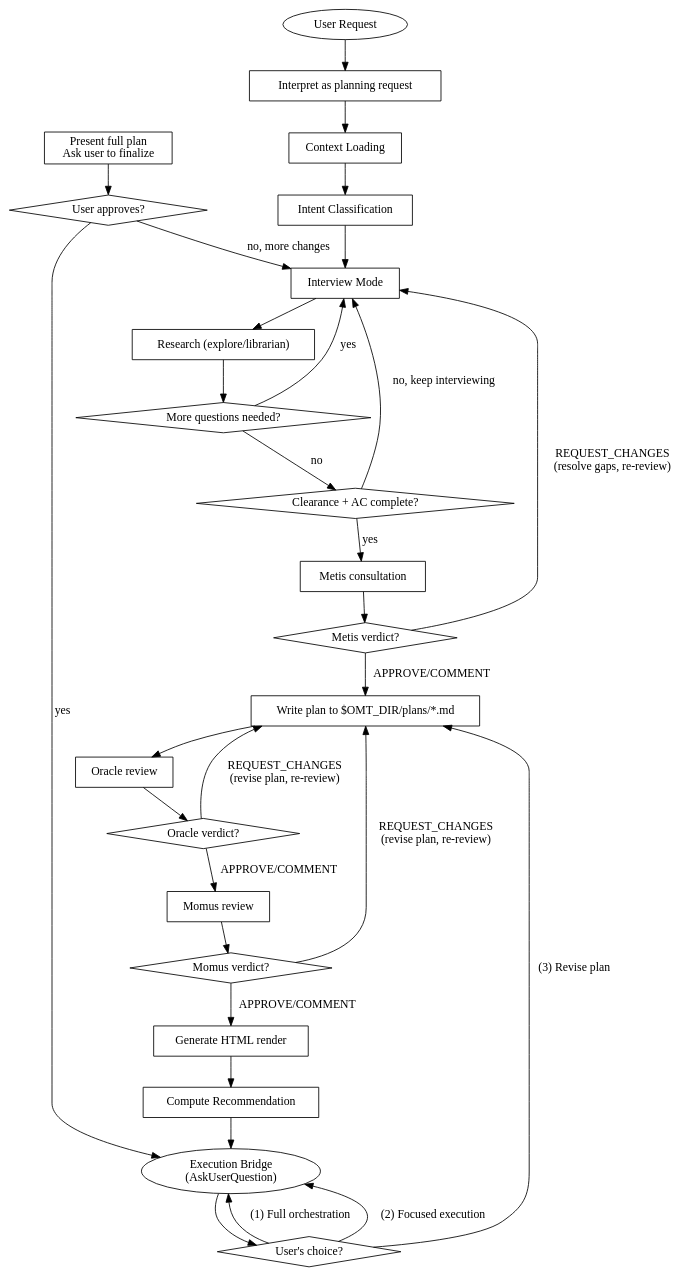
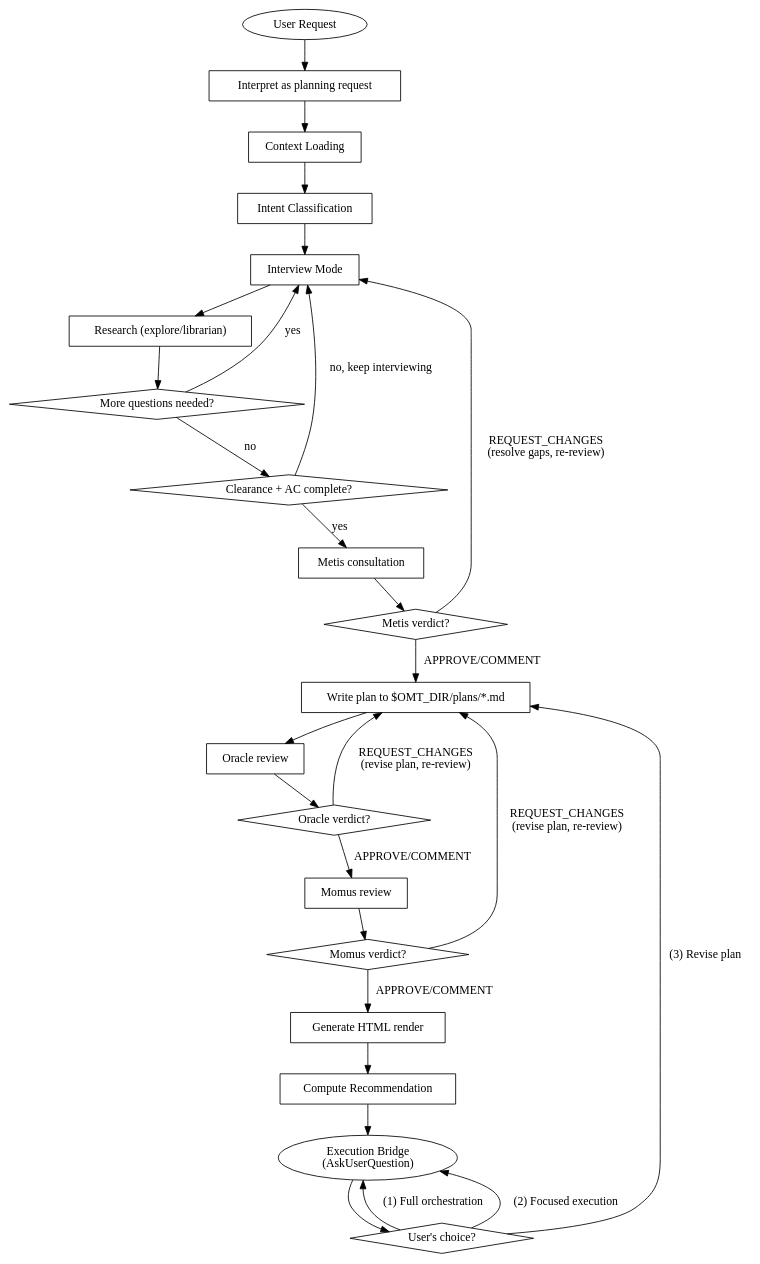
Before and after one commit to toongri/oh-my-toong-playground: the diagram in skills/prometheus/SKILL.md, drawn with Graphviz.

Commit message:
fix(prometheus): 미도달 플로우차트 노드·엣지 제거

````diff
--- a/skills/prometheus/SKILL.md
+++ b/skills/prometheus/SKILL.md
@@ -51,56 +51,51 @@
 ```dot
 digraph prometheus_flow {
     rankdir=TB;
     "User Request" [shape=ellipse];
     "Interpret as planning request" [shape=box];
     "Context Loading" [shape=box];
     "Intent Classification" [shape=box];
     "Interview Mode" [shape=box];
     "Research (explore/librarian)" [shape=box];
     "More questions needed?" [shape=diamond];
     "Clearance + AC complete?" [shape=diamond];
     "Metis consultation" [shape=box];
     "Metis verdict?" [shape=diamond];
     "Write plan to $OMT_DIR/plans/*.md" [shape=box];
     "Oracle review" [shape=box];
     "Oracle verdict?" [shape=diamond];
     "Momus review" [shape=box];
     "Momus verdict?" [shape=diamond];
-    "Present full plan\nAsk user to finalize" [shape=box];
-    "User approves?" [shape=diamond];
     "Generate HTML render" [shape=box];
     "Compute Recommendation" [shape=box];
     "Execution Bridge\n(AskUserQuestion)" [shape=ellipse];
     "User's choice?" [shape=diamond];
 
     "User Request" -> "Interpret as planning request";
     "Interpret as planning request" -> "Context Loading";
     "Context Loading" -> "Intent Classification";
     "Intent Classification" -> "Interview Mode";
     "Interview Mode" -> "Research (explore/librarian)";
     "Research (explore/librarian)" -> "More questions needed?";
     "More questions needed?" -> "Interview Mode" [label="yes"];
     "More questions needed?" -> "Clearance + AC complete?" [label="no"];
     "Clearance + AC complete?" -> "Interview Mode" [label="no, keep interviewing"];
     "Clearance + AC complete?" -> "Metis consultation" [label="yes"];
     "Metis consultation" -> "Metis verdict?";
     "Metis verdict?" -> "Interview Mode" [label="REQUEST_CHANGES\n(resolve gaps, re-review)"];
     "Metis verdict?" -> "Write plan to $OMT_DIR/plans/*.md" [label="APPROVE/COMMENT"];
     "Write plan to $OMT_DIR/plans/*.md" -> "Oracle review";
     "Oracle review" -> "Oracle verdict?";
     "Oracle verdict?" -> "Write plan to $OMT_DIR/plans/*.md" [label="REQUEST_CHANGES\n(revise plan, re-review)"];
     "Oracle verdict?" -> "Momus review" [label="APPROVE/COMMENT"];
     "Momus review" -> "Momus verdict?";
     "Momus verdict?" -> "Write plan to $OMT_DIR/plans/*.md" [label="REQUEST_CHANGES\n(revise plan, re-review)"];
     "Momus verdict?" -> "Generate HTML render" [label="APPROVE/COMMENT"];
     "Generate HTML render" -> "Compute Recommendation";
     "Compute Recommendation" -> "Execution Bridge\n(AskUserQuestion)";
     "Execution Bridge\n(AskUserQuestion)" -> "User's choice?";
     "User's choice?" -> "Execution Bridge\n(AskUserQuestion)" [label="(1) Full orchestration"];
     "User's choice?" -> "Execution Bridge\n(AskUserQuestion)" [label="(2) Focused execution"];
     "User's choice?" -> "Write plan to $OMT_DIR/plans/*.md" [label="(3) Revise plan"];
-    "Present full plan\nAsk user to finalize" -> "User approves?";
-    "User approves?" -> "Interview Mode" [label="no, more changes"];
-    "User approves?" -> "Execution Bridge\n(AskUserQuestion)" [label="yes"];
 }
 ```
````
